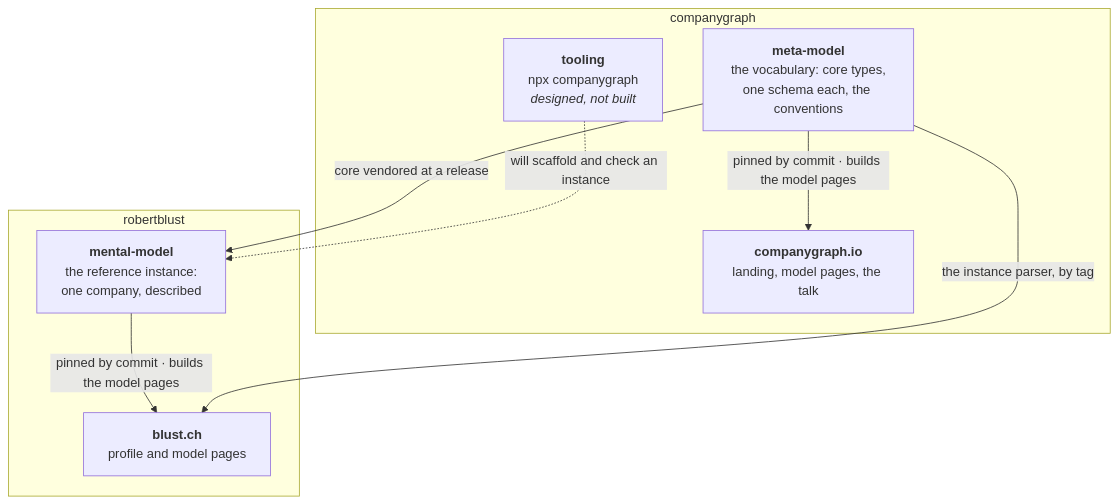
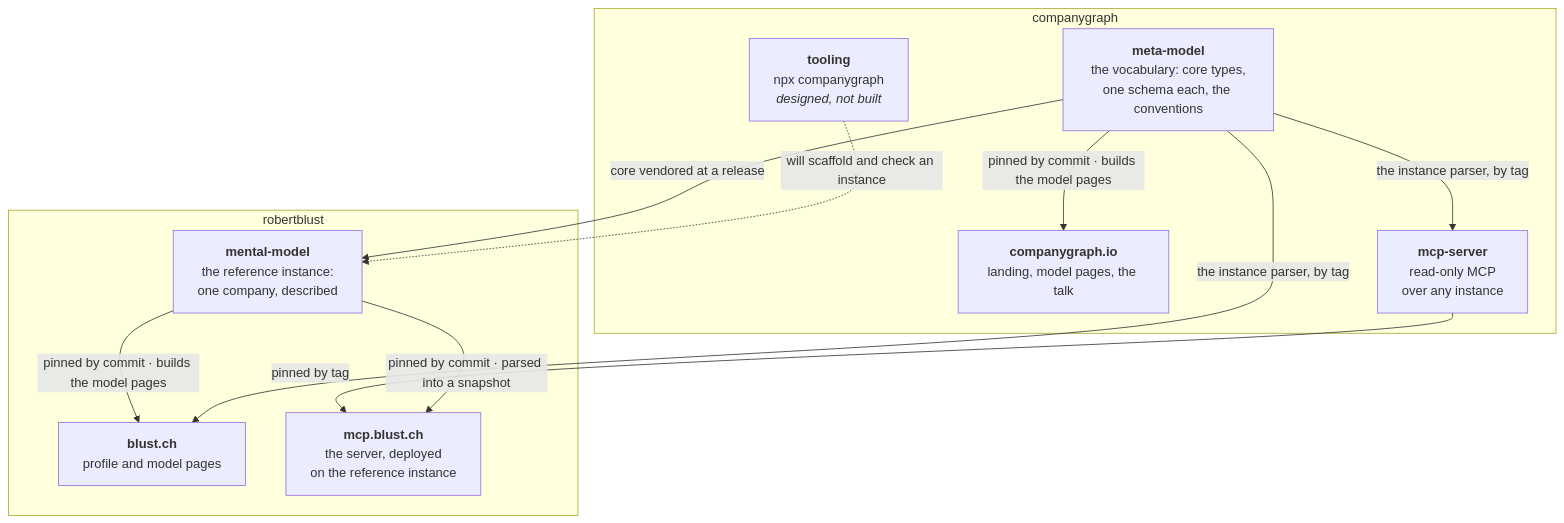
The diagram in profile/README.md (companygraph/.github), drawn with Mermaid before and after one commit. The commit also changed other lines of this file and 1 other file, not shown here.

````diff
--- a/profile/README.md
+++ b/profile/README.md
@@ -27,19 +28,24 @@
 ```mermaid
 flowchart TB
     subgraph cg["companygraph"]
         MM["<b>meta-model</b><br/>the vocabulary: core types,<br/>one schema each, the conventions"]
         SITE["<b>companygraph.io</b><br/>landing, model pages, the talk"]
+        MCP["<b>mcp-server</b><br/>read-only MCP<br/>over any instance"]
         TOOL["<b>tooling</b><br/>npx companygraph<br/><i>designed, not built</i>"]
     end
 
     subgraph rb["robertblust"]
         MENTAL["<b>mental-model</b><br/>the reference instance:<br/>one company, described"]
         BLUST["<b>blust.ch</b><br/>profile and model pages"]
+        MCPD["<b>mcp.blust.ch</b><br/>the server, deployed<br/>on the reference instance"]
     end
 
     MM -- "core vendored at a release" --> MENTAL
     MM -- "pinned by commit · builds the model pages" --> SITE
     MENTAL -- "pinned by commit · builds the model pages" --> BLUST
     MM -- "the instance parser, by tag" --> BLUST
+    MM -- "the instance parser, by tag" --> MCP
+    MCP -- "pinned by tag" --> MCPD
+    MENTAL -- "pinned by commit · parsed into a snapshot" --> MCPD
     TOOL -. "will scaffold and check an instance" .-> MENTAL
 ```
````
